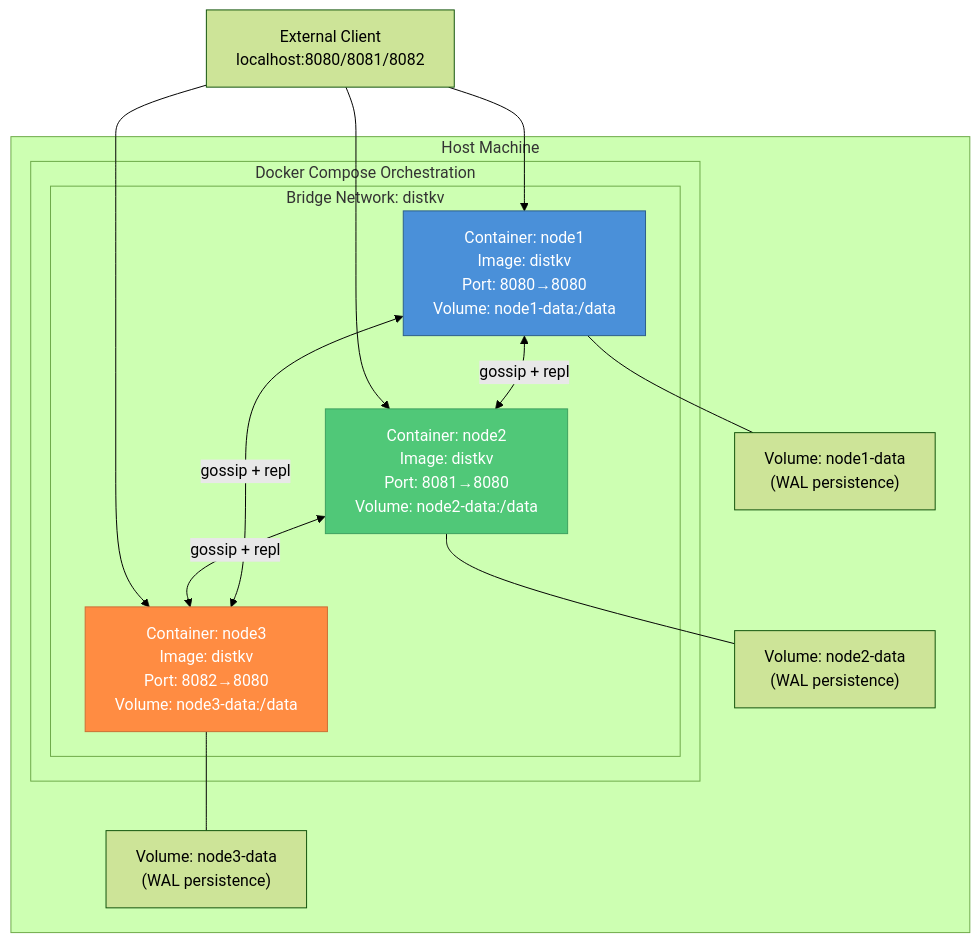
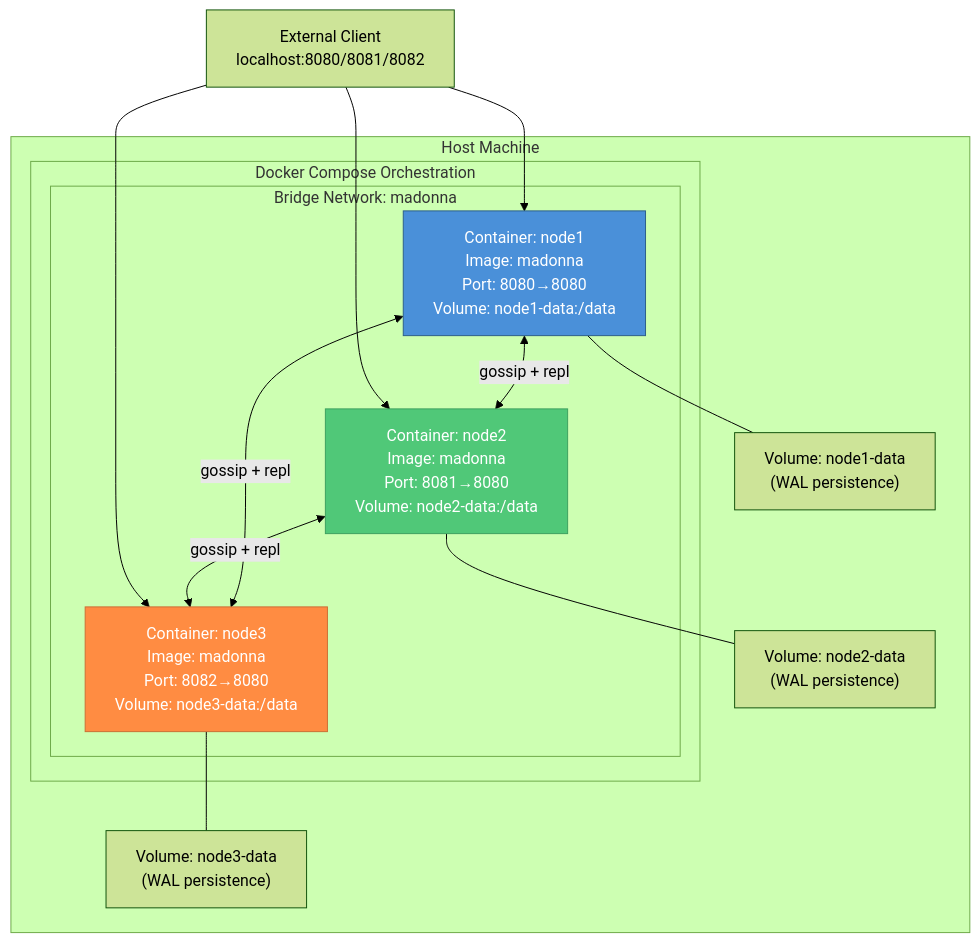
Before and after one commit to unknown07ps/distkv: the seventh of 9 diagrams in workflow_diagram.md, drawn with Mermaid (forest theme). The commit also changed other lines of this file and 13 other files, not shown here.

````diff
--- a/workflow_diagram.md
+++ b/workflow_diagram.md
@@ -236,33 +236,33 @@
 ```mermaid
 graph TB
     subgraph "Host Machine"
         subgraph "Docker Compose Orchestration"
-            subgraph "Bridge Network: distkv"
-                N1["Container: node1<br/>Image: distkv<br/>Port: 8080→8080<br/>Volume: node1-data:/data"]
-                N2["Container: node2<br/>Image: distkv<br/>Port: 8081→8080<br/>Volume: node2-data:/data"]
-                N3["Container: node3<br/>Image: distkv<br/>Port: 8082→8080<br/>Volume: node3-data:/data"]
+            subgraph "Bridge Network: madonna"
+                N1["Container: node1<br/>Image: madonna<br/>Port: 8080→8080<br/>Volume: node1-data:/data"]
+                N2["Container: node2<br/>Image: madonna<br/>Port: 8081→8080<br/>Volume: node2-data:/data"]
+                N3["Container: node3<br/>Image: madonna<br/>Port: 8082→8080<br/>Volume: node3-data:/data"]
             end
         end
 
         V1["Volume: node1-data<br/>(WAL persistence)"]
         V2["Volume: node2-data<br/>(WAL persistence)"]
         V3["Volume: node3-data<br/>(WAL persistence)"]
     end
 
     N1 <-->|"gossip + repl"| N2
     N1 <-->|"gossip + repl"| N3
     N2 <-->|"gossip + repl"| N3
 
     N1 --- V1
     N2 --- V2
     N3 --- V3
 
     EXT["External Client<br/>localhost:8080/8081/8082"]
     EXT --> N1
     EXT --> N2
     EXT --> N3
 
     style N1 fill:#4A90D9,stroke:#2C5F8A,color:#fff
     style N2 fill:#50C878,stroke:#3DA05F,color:#fff
     style N3 fill:#FF8C42,stroke:#CC6F35,color:#fff
 ```
````
